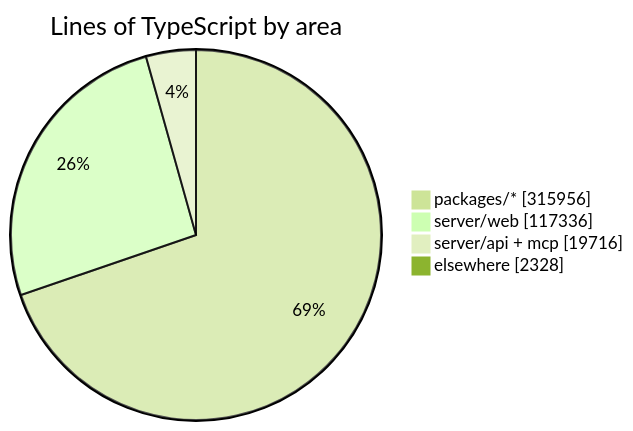
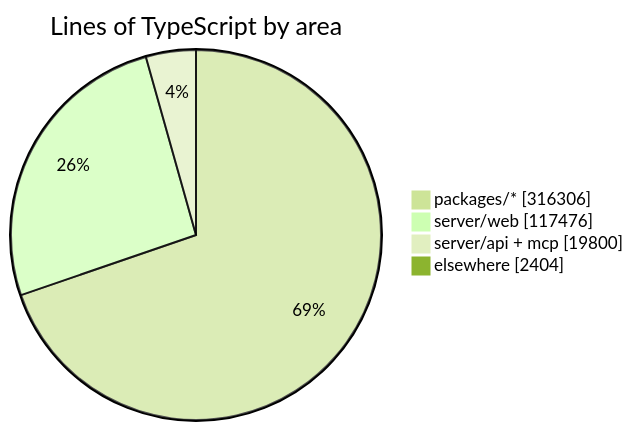
One commit to crossworks-engineering/mantle changed the diagram in README.md. Above: the diagram before and after it, drawn with Mermaid (forest theme). The commit also changed other lines of this file and 2 other files, not shown here.

````diff
--- a/README.md
+++ b/README.md
@@ -294,7 +294,7 @@
 ```mermaid
 pie showData title Lines of TypeScript by area
-    "packages/*" : 315956
-    "server/web" : 117336
-    "server/api + mcp" : 19716
-    "elsewhere" : 2328
+    "packages/*" : 316306
+    "server/web" : 117476
+    "server/api + mcp" : 19800
+    "elsewhere" : 2404
 ```
````
